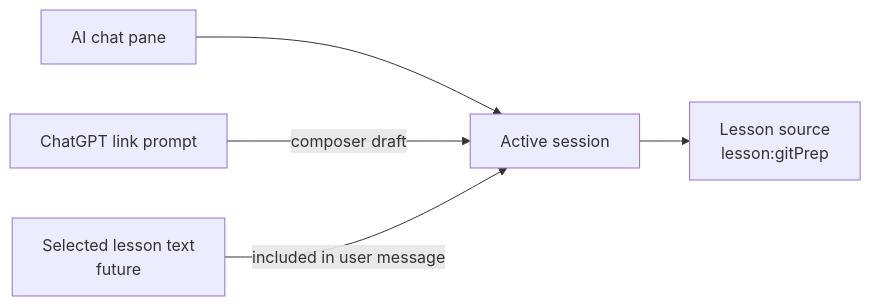
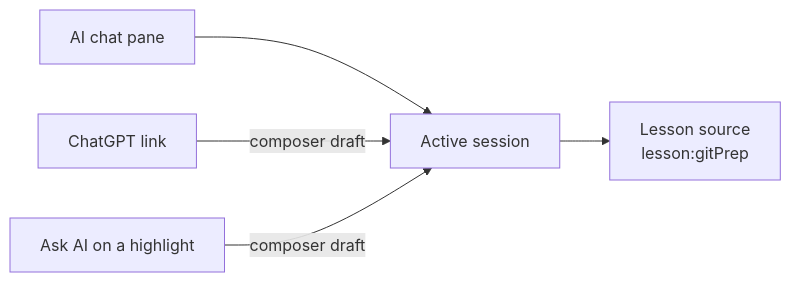
Before and after one commit to git-mastery/git-mastery-desktop: the first of 3 diagrams in docs/architecture/ai-chat-sources.md, drawn with Mermaid. The commit also changed other lines of this file and 11 other files, not shown here.

First line of the commit message:
feat: ask AI about selected lesson text (#31)

````diff
--- a/docs/architecture/ai-chat-sources.md
+++ b/docs/architecture/ai-chat-sources.md
@@ -20,7 +20,7 @@
 ```mermaid
 flowchart LR
     P["AI chat pane"] --> S["Active session"]
     S --> L["Lesson source<br/>lesson:gitPrep"]
-    CL["ChatGPT link prompt"] -->|composer draft| S
-    ST["Selected lesson text<br/>future"] -->|included in user message| S
+    CL["ChatGPT link"] -->|composer draft| S
+    ASK["Ask AI on a highlight"] -->|composer draft| S
 ```
````
